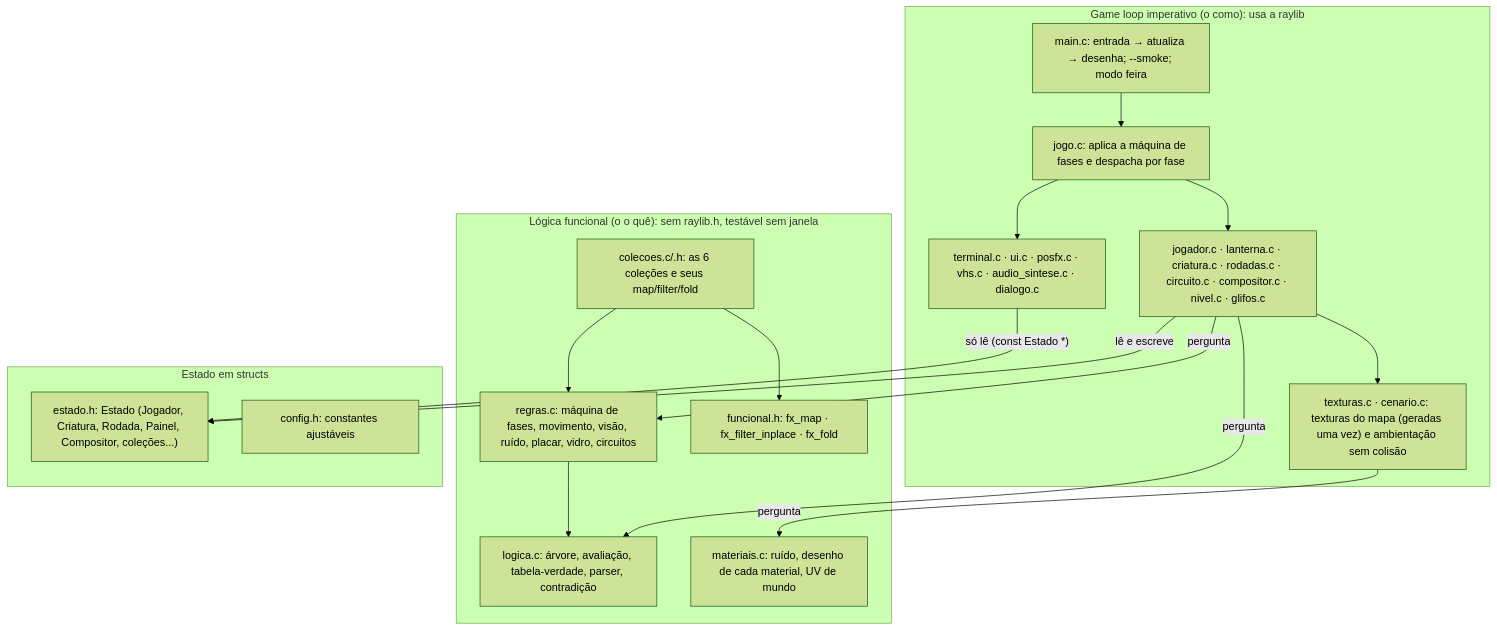
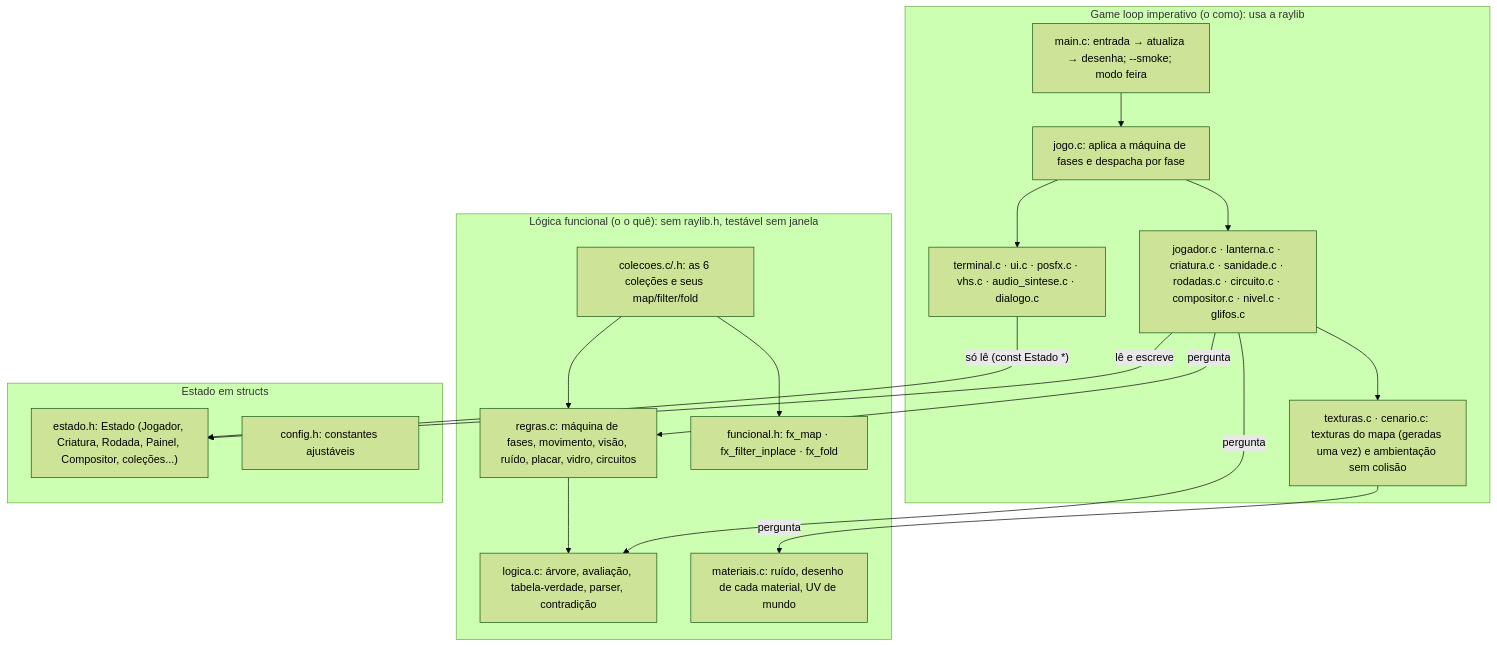
The first of 2 diagrams in docs/ARQUITETURA.md (Cgroup-cesar/projeto-integrador-jogo), drawn with Mermaid (forest theme) before and after one commit. The commit also changed other lines of this file and 6 other files, not shown here.

````diff
--- a/docs/ARQUITETURA.md
+++ b/docs/ARQUITETURA.md
@@ -5,32 +5,32 @@
 ```mermaid
 flowchart TB
     subgraph LOOP["Game loop imperativo (o como): usa a raylib"]
         main["main.c: entrada → atualiza → desenha; --smoke; modo feira"]
         jogo["jogo.c: aplica a máquina de fases e despacha por fase"]
-        mods["jogador.c · lanterna.c · criatura.c · rodadas.c · circuito.c · compositor.c · nivel.c · glifos.c"]
+        mods["jogador.c · lanterna.c · criatura.c · sanidade.c · rodadas.c · circuito.c · compositor.c · nivel.c · glifos.c"]
         arte["texturas.c · cenario.c: texturas do mapa (geradas uma vez) e ambientação sem colisão"]
         tela["terminal.c · ui.c · posfx.c · vhs.c · audio_sintese.c · dialogo.c"]
     end
     subgraph DECIDE["Lógica funcional (o o quê): sem raylib.h, testável sem janela"]
         logica["logica.c: árvore, avaliação, tabela-verdade, parser, contradição"]
         regras["regras.c: máquina de fases, movimento, visão, ruído, placar, vidro, circuitos"]
         mat["materiais.c: ruído, desenho de cada material, UV de mundo"]
         fx["funcional.h: fx_map · fx_filter_inplace · fx_fold"]
         col["colecoes.c/.h: as 6 coleções e seus map/filter/fold"]
     end
     subgraph ESTADO["Estado em structs"]
         est["estado.h: Estado (Jogador, Criatura, Rodada, Painel, Compositor, coleções...)"]
         cfg["config.h: constantes ajustáveis"]
     end
     main --> jogo --> mods
     jogo --> tela
     mods -->|"pergunta"| regras
     mods -->|"pergunta"| logica
     mods --> arte
     arte -->|"pergunta"| mat
     regras --> logica
     col --> regras
     col --> fx
     mods -->|"lê e escreve"| est
     tela -->|"só lê (const Estado *)"| est
 ```
````
